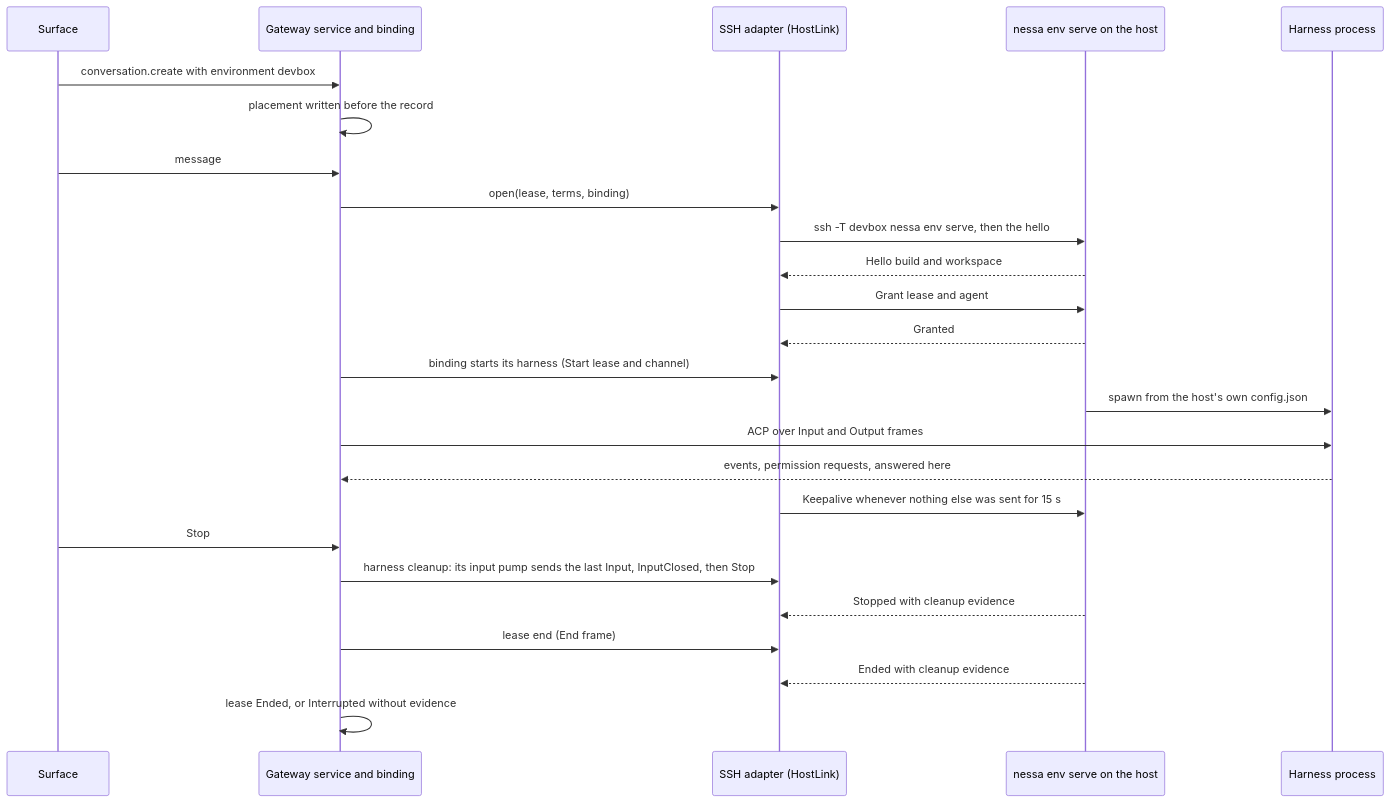
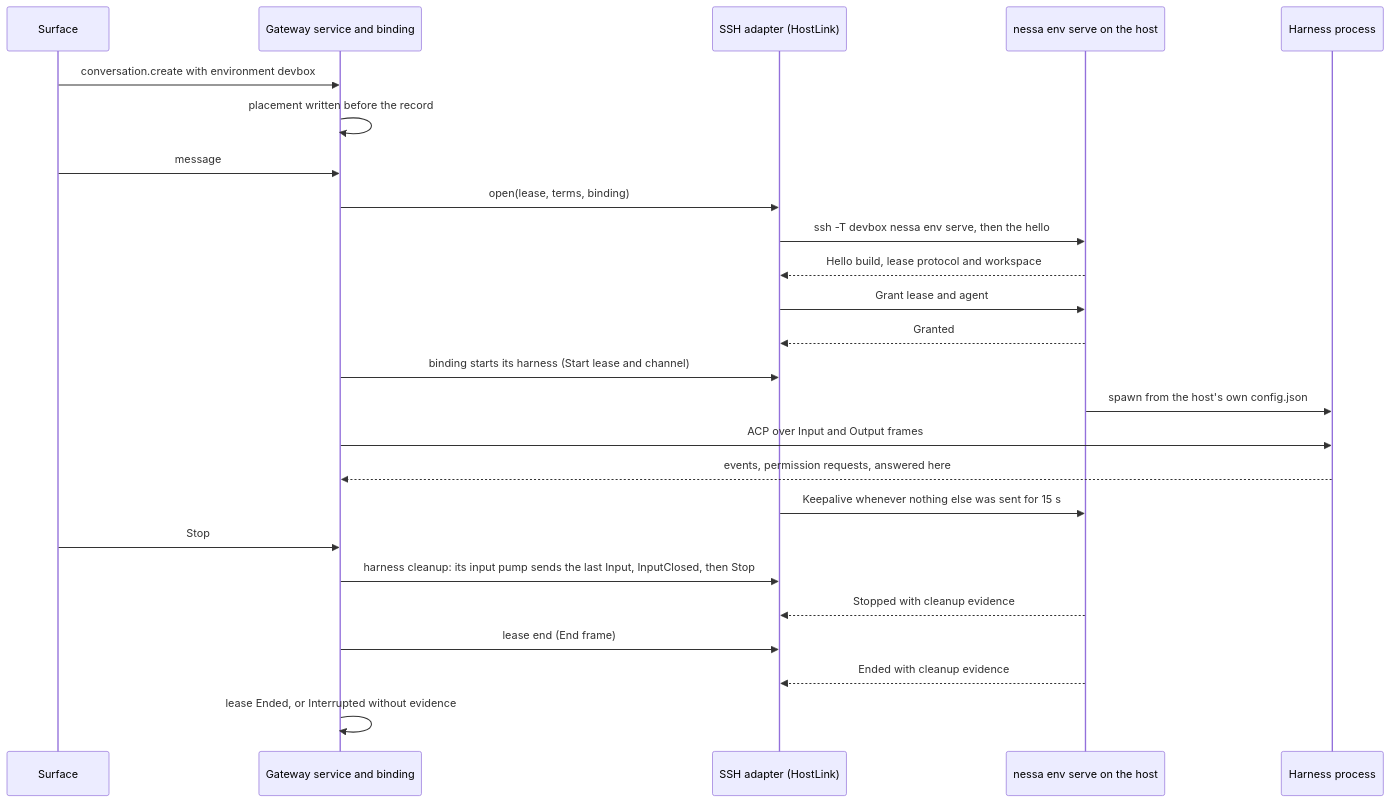
Before and after one commit to nessalabs/nessa-agent: the third of 3 diagrams in docs/design/runtime-architecture.md, drawn with Mermaid. The commit also changed other lines of this file and 12 other files, not shown here.

First line of the commit message:
Compare a lease protocol fingerprint in the hello, not the package version

````diff
--- a/docs/design/runtime-architecture.md
+++ b/docs/design/runtime-architecture.md
@@ -451,27 +451,27 @@
 ```mermaid
 sequenceDiagram
     participant S as Surface
     participant G as Gateway service and binding
     participant A as SSH adapter (HostLink)
     participant H as nessa env serve on the host
     participant P as Harness process
     S->>G: conversation.create with environment devbox
     G->>G: placement written before the record
     S->>G: message
     G->>A: open(lease, terms, binding)
     A->>H: ssh -T devbox nessa env serve, then the hello
-    H-->>A: Hello build and workspace
+    H-->>A: Hello build, lease protocol and workspace
     A->>H: Grant lease and agent
     H-->>A: Granted
     G->>A: binding starts its harness (Start lease and channel)
     H->>P: spawn from the host's own config.json
     G->>P: ACP over Input and Output frames
     P-->>G: events, permission requests, answered here
     A->>H: Keepalive whenever nothing else was sent for 15 s
     S->>G: Stop
     G->>A: harness cleanup: its input pump sends the last Input, InputClosed, then Stop
     H-->>A: Stopped with cleanup evidence
     G->>A: lease end (End frame)
     H-->>A: Ended with cleanup evidence
     G->>G: lease Ended, or Interrupted without evidence
 ```
````
